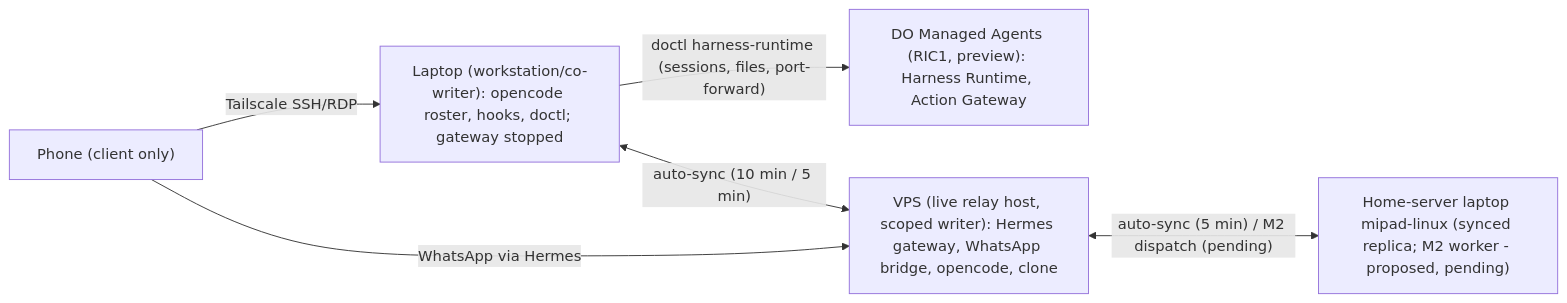
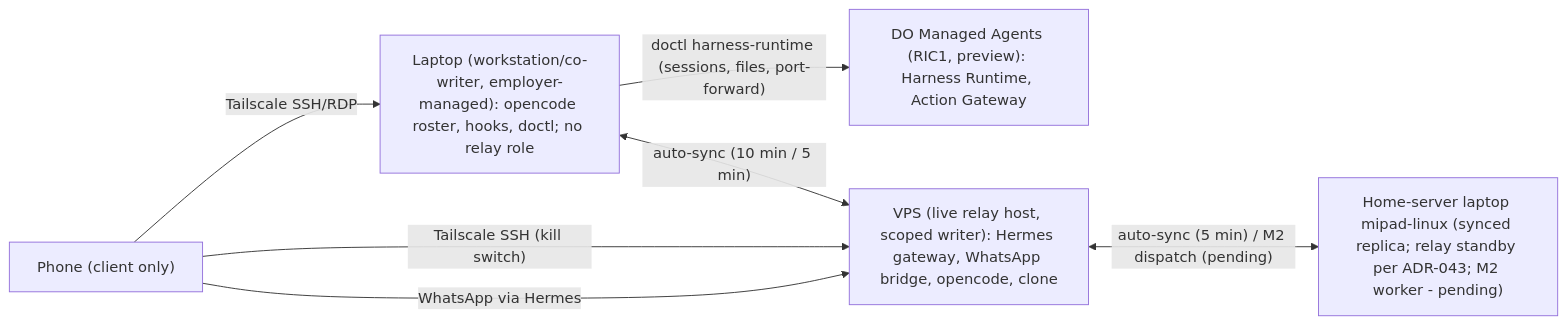
Before and after one commit to naquuuu/naquuuu-personal-works: the diagram in internal-docs/HOSTS.md, drawn with Mermaid. The commit also changed other lines of this file and 49 other files, not shown here.

````diff
--- a/internal-docs/HOSTS.md
+++ b/internal-docs/HOSTS.md
@@ -14,13 +14,14 @@
 ```mermaid
 flowchart LR
   P["Phone (client only)"]
-  L["Laptop (workstation/co-writer): opencode roster, hooks, doctl; gateway stopped"]
+  L["Laptop (workstation/co-writer, employer-managed): opencode roster, hooks, doctl; no relay role"]
   D["DO Managed Agents (RIC1, preview): Harness Runtime, Action Gateway"]
   V["VPS (live relay host, scoped writer): Hermes gateway, WhatsApp bridge, opencode, clone"]
-  H["Home-server laptop mipad-linux (synced replica; M2 worker - proposed, pending)"]
+  H["Home-server laptop mipad-linux (synced replica; relay standby per ADR-043; M2 worker - pending)"]
   P -->|"WhatsApp via Hermes"| V
   P -->|"Tailscale SSH/RDP"| L
+  P -->|"Tailscale SSH (kill switch)"| V
   L -->|"doctl harness-runtime (sessions, files, port-forward)"| D
   L <-->|"auto-sync (10 min / 5 min)"| V
   V <-->|"auto-sync (5 min) / M2 dispatch (pending)"| H
 ```
````
